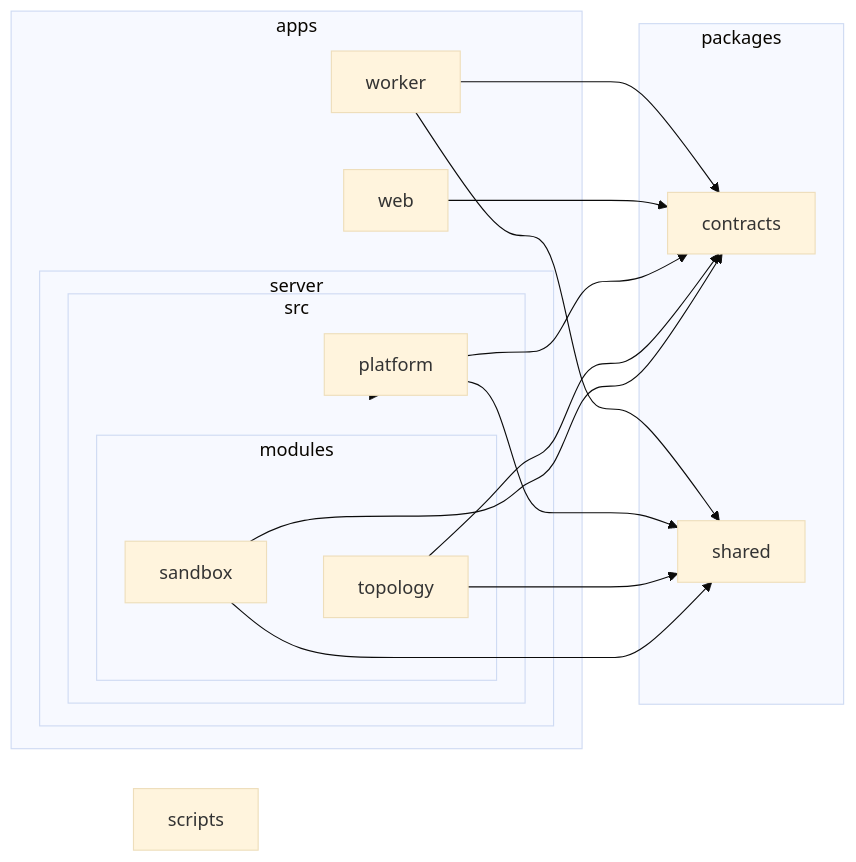
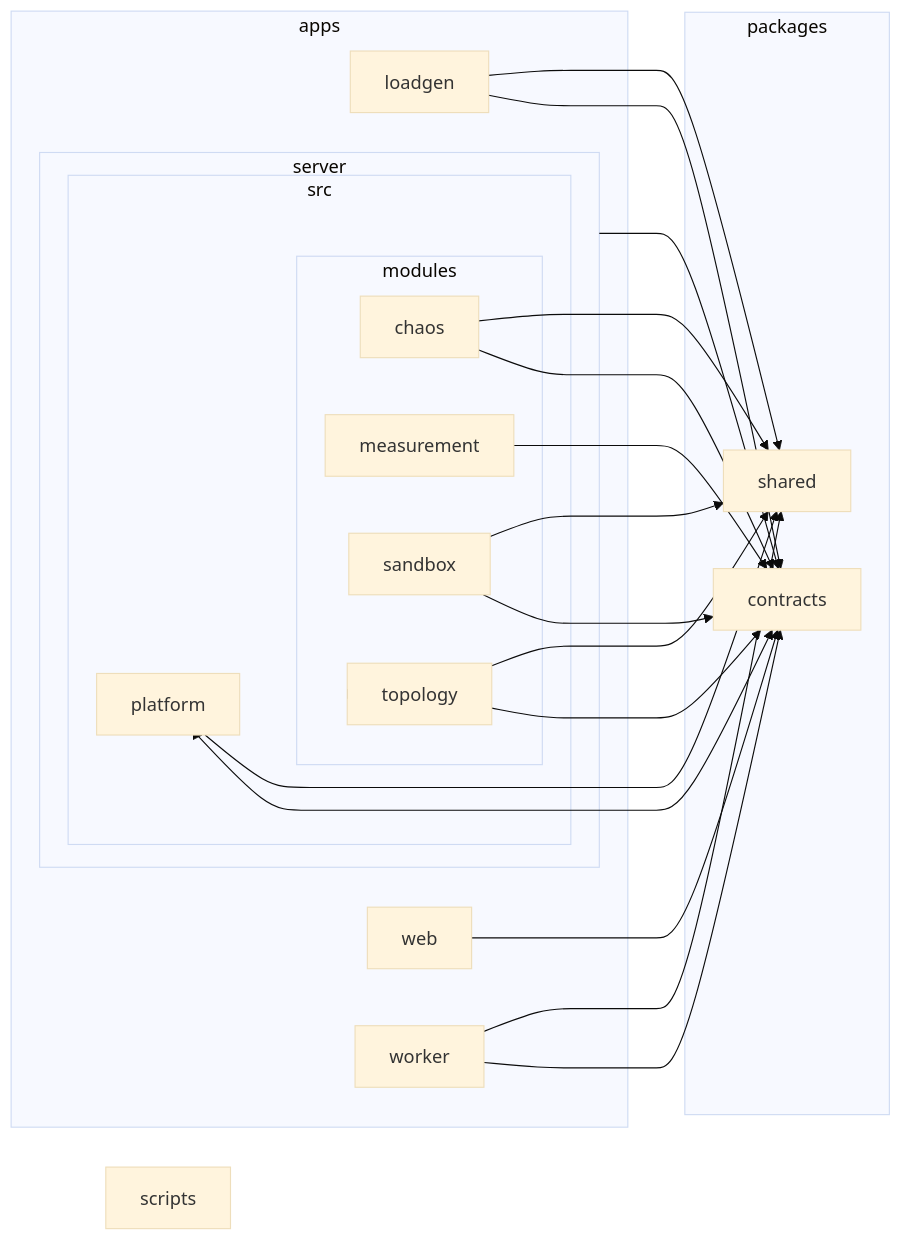
Before and after one commit to Jagdish-Padhi/EchmaMeet: the diagram in docs/architecture.md, drawn with Mermaid (base theme). The commit also changed other lines of this file and 5 other files, not shown here.

````diff
--- a/docs/architecture.md
+++ b/docs/architecture.md
@@ -58,33 +58,43 @@
 ```mermaid
 flowchart LR
 
 subgraph 0["apps"]
-subgraph 1["server"]
-subgraph 2["src"]
-subgraph 3["modules"]
-4["sandbox"]
-5["topology"]
+1["loadgen"]
+subgraph 2["server"]
+subgraph 3["src"]
+subgraph 4["modules"]
+5["chaos"]
+6["measurement"]
+7["sandbox"]
+8["topology"]
 end
-6["platform"]
+9["platform"]
 end
 end
-7["web"]
-8["worker"]
+A["web"]
+B["worker"]
 end
-subgraph 9["packages"]
-A["contracts"]
-B["shared"]
+subgraph C["packages"]
+D["contracts"]
+E["shared"]
 end
-C["scripts"]
-1-->5
-1-->6
-4-->A
-4-->B
-5-->A
-5-->B
-6-->A
-6-->B
-7-->A
-8-->A
-8-->B
+F["scripts"]
+1-->D
+1-->E
+2-->8
+2-->9
+2-->7
+2-->D
+5-->D
+5-->E
+6-->D
+7-->D
+7-->E
+8-->D
+8-->E
+9-->D
+9-->E
+A-->D
+B-->D
+B-->E
 ```
````
